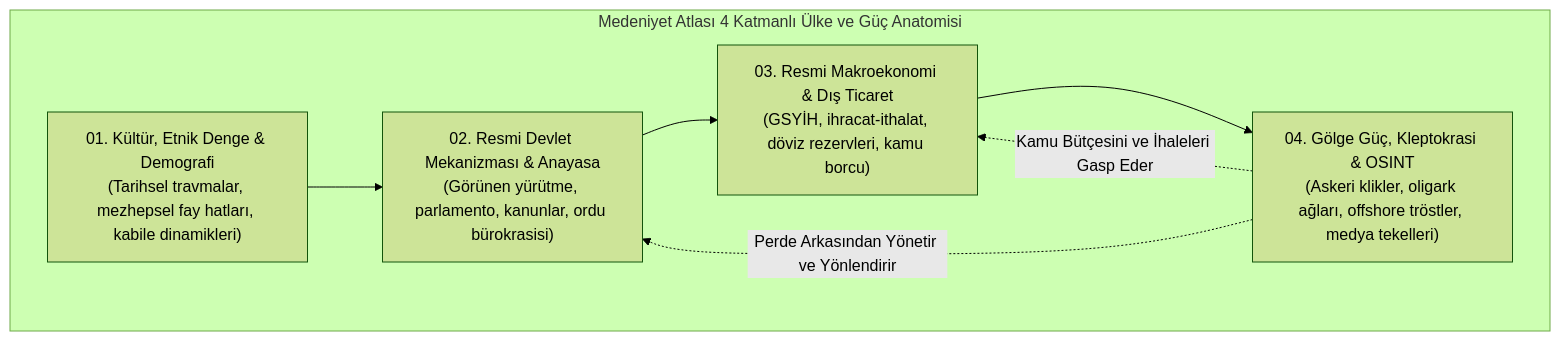
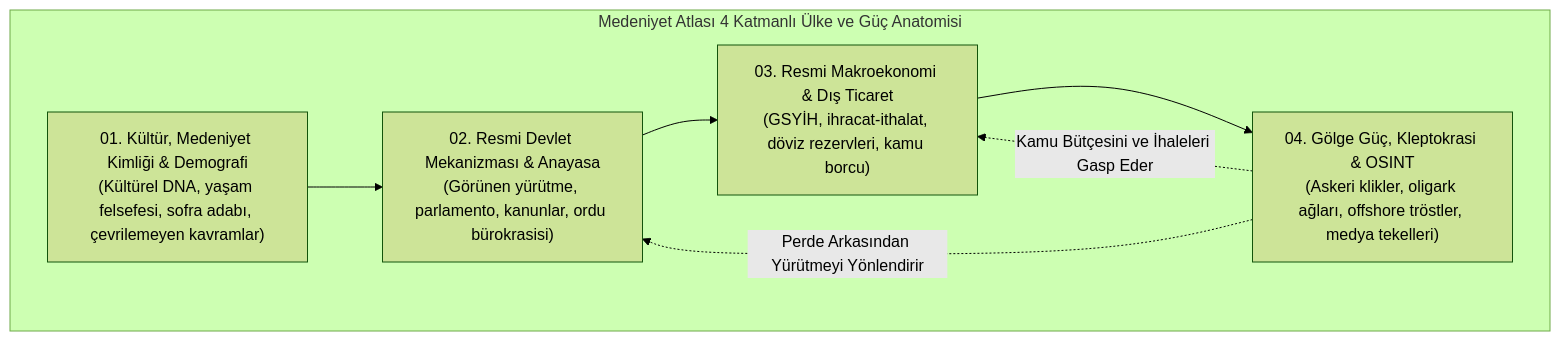
The diagram in README.md (bahattinyunus/Global-X-Ray), drawn with Mermaid (forest theme) before and after one commit. The commit also changed other lines of this file and 42 other files, not shown here.

Commit message:
feat: re-architect repository with cultural primacy, add culture encyclopedia, relocate strategic datasets to geopolitics_and_intelligence, enrich 20 anchor countries

````diff
--- a/README.md
+++ b/README.md
@@ -189,14 +237,14 @@
 ```mermaid
 flowchart TD
     subgraph Katmanlar["Medeniyet Atlası 4 Katmanlı Ülke ve Güç Anatomisi"]
-        L1["01. Kültür, Etnik Denge & Demografi<br/>(Tarihsel travmalar, mezhepsel fay hatları, kabile dinamikleri)"]
+        L1["01. Kültür, Medeniyet Kimliği & Demografi<br/>(Kültürel DNA, yaşam felsefesi, sofra adabı, çevrilemeyen kavramlar)"]
         L2["02. Resmi Devlet Mekanizması & Anayasa<br/>(Görünen yürütme, parlamento, kanunlar, ordu bürokrasisi)"]
         L3["03. Resmi Makroekonomi & Dış Ticaret<br/>(GSYİH, ihracat-ithalat, döviz rezervleri, kamu borcu)"]
         L4["04. Gölge Güç, Kleptokrasi & OSINT<br/>(Askeri klikler, oligark ağları, offshore tröstler, medya tekelleri)"]
     end
     L1 --> L2
     L2 --> L3
     L3 --> L4
-    L4 -.->|"Perde Arkasından Yönetir ve Yönlendirir"| L2
+    L4 -.->|"Perde Arkasından Yürütmeyi Yönlendirir"| L2
     L4 -.->|"Kamu Bütçesini ve İhaleleri Gasp Eder"| L3
 ```
````
